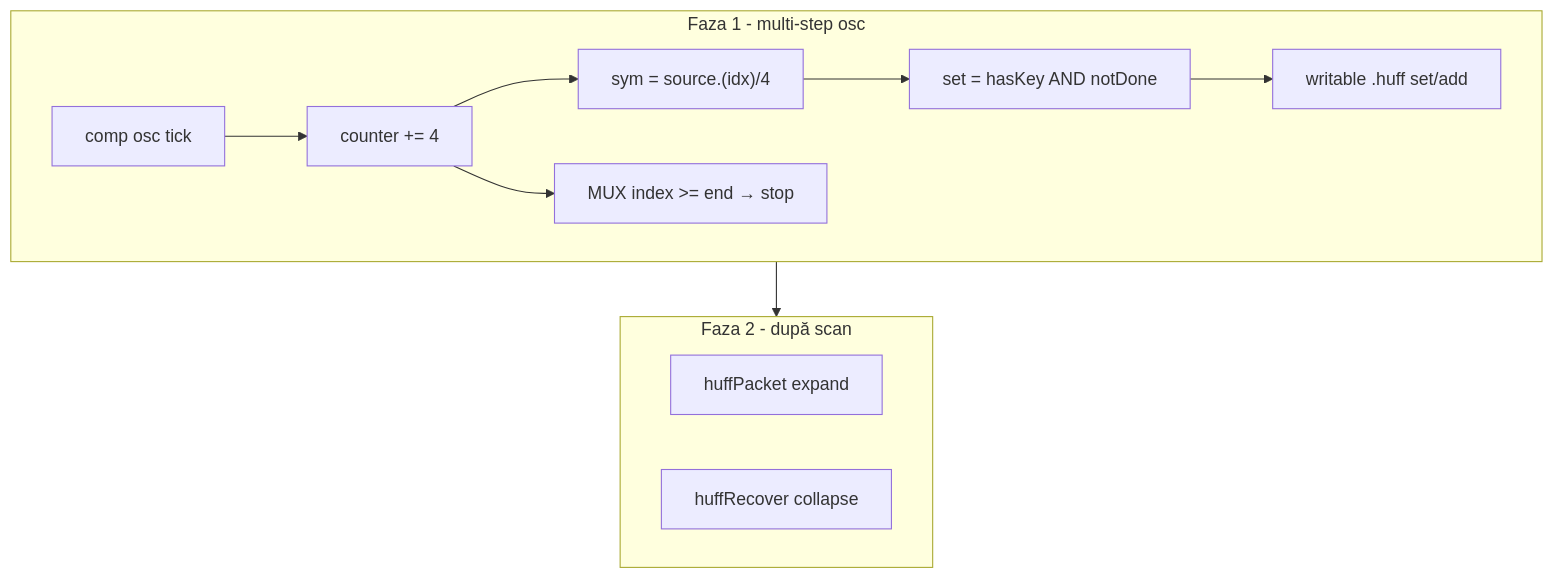
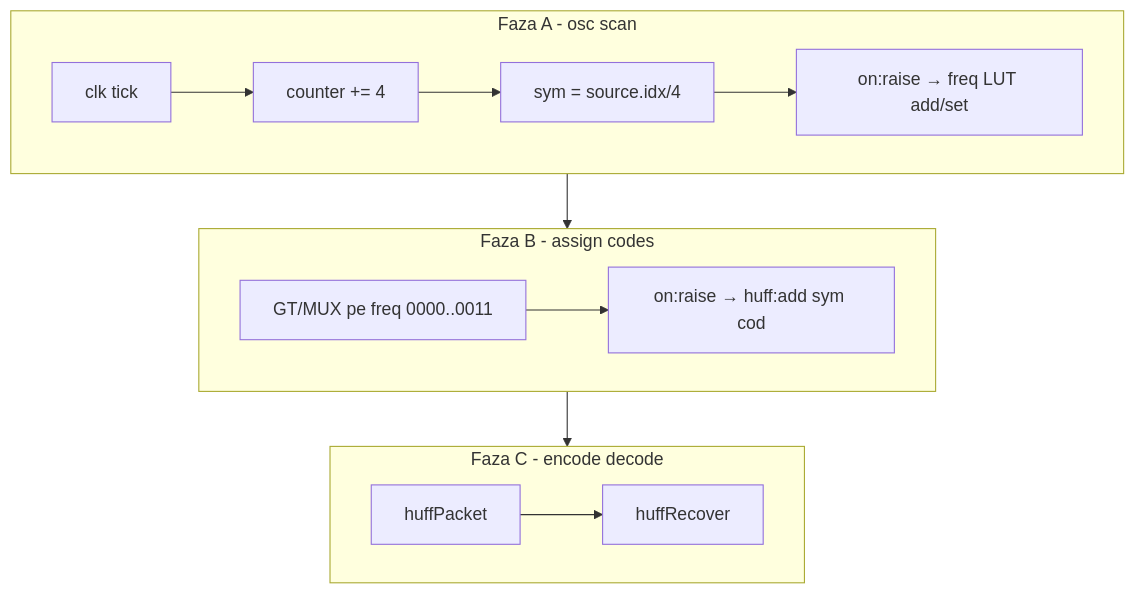
One commit to epsislow/logic-algebra-js changed the diagram in library/logTscript/.cursor/plans/huffman_wave_demo.plan.md. Above: the diagram before and after it, drawn with Mermaid. The commit also changed other lines of this file, not shown here.

````diff
--- a/library/logTscript/.cursor/plans/huffman_wave_demo.plan.md
+++ b/library/logTscript/.cursor/plans/huffman_wave_demo.plan.md
@@ -182,18 +654,21 @@
 ```mermaid
 flowchart TD
-  subgraph scan [Faza 1 - multi-step osc]
-    Osc["comp osc tick"]
-    Cnt["counter += 4"]
-    Slice["sym = source.(idx)/4"]
-    Gate["set = hasKey AND notDone"]
-    Lut["writable .huff set/add"]
-    Mux["MUX index >= end → stop"]
-    Osc --> Cnt --> Slice --> Gate --> Lut
-    Cnt --> Mux
+  subgraph phaseA [Faza A - osc scan]
+    Osc[clk tick]
+    Idx[counter += 4]
+    Slice[sym = source.idx/4]
+    Freq[on:raise → freq LUT add/set]
+    Osc --> Idx --> Slice --> Freq
   end
-  subgraph enc [Faza 2 - după scan]
-    Packet["huffPacket expand"]
-    Recover["huffRecover collapse"]
+  subgraph phaseB [Faza B - assign codes]
+    Cmp[GT/MUX pe freq 0000..0011]
+    Codes[on:raise → huff:add sym cod]
+    Cmp --> Codes
   end
-  scan --> enc
+  subgraph phaseC [Faza C - encode decode]
+    Enc[huffPacket]
+    Dec[huffRecover]
+    Enc --> Dec
+  end
+  phaseA --> phaseB --> phaseC
 ```
````
